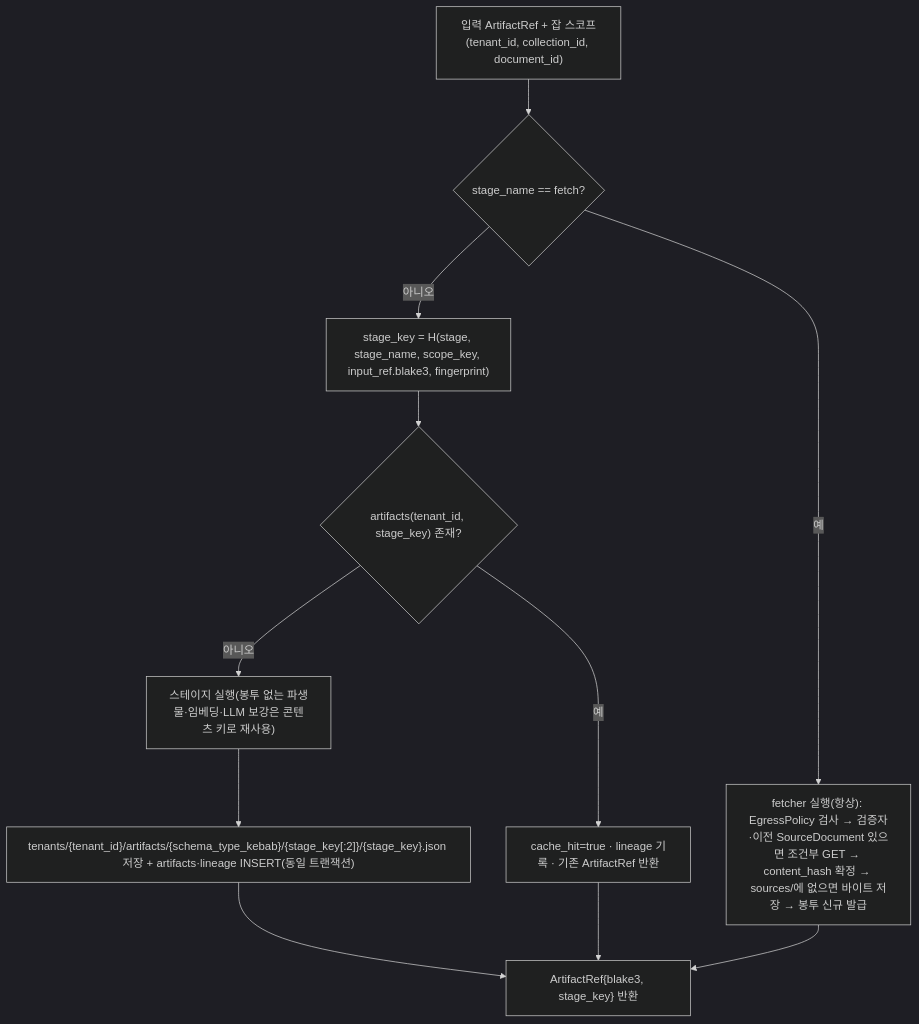
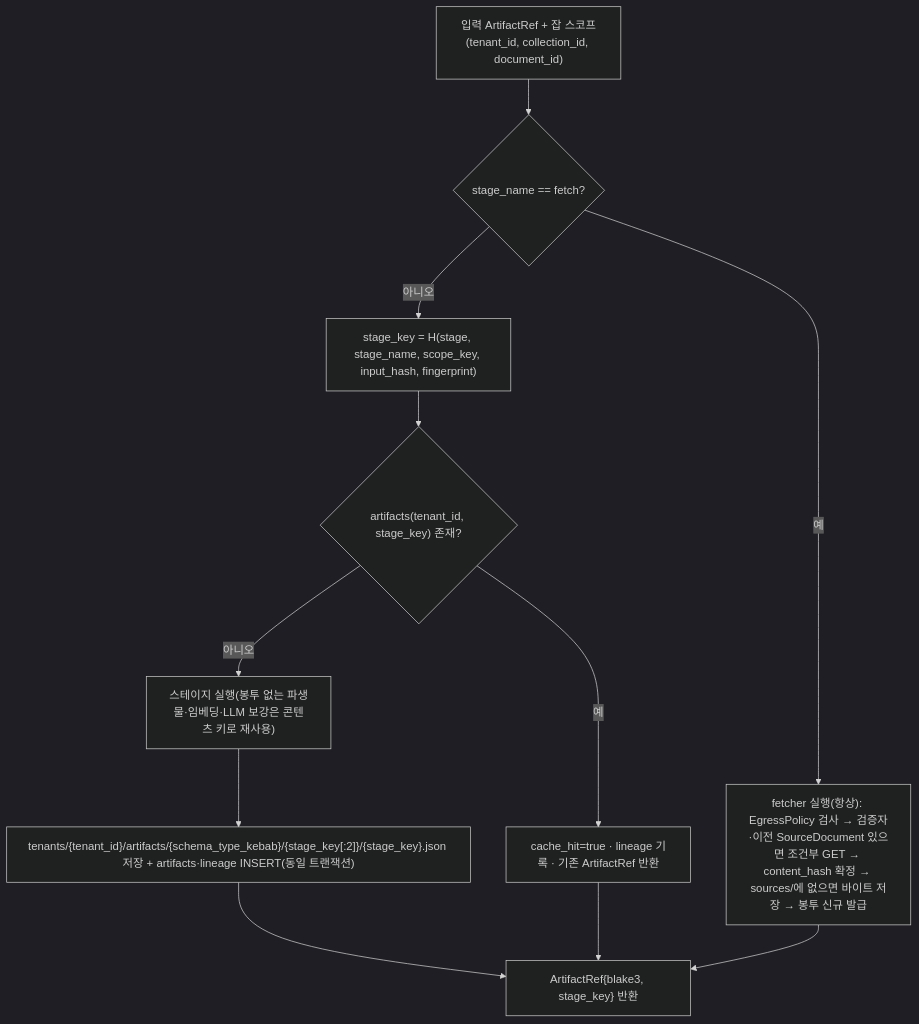
The diagram in docs/06-adr/0037-artifact-cache-scope-and-stage-key-composition.md (dplayamin-ai/rag-platform), drawn with Mermaid (dark theme) before and after one commit. The commit also changed other lines of this file and 103 other files, not shown here.

````diff
--- a/docs/06-adr/0037-artifact-cache-scope-and-stage-key-composition.md
+++ b/docs/06-adr/0037-artifact-cache-scope-and-stage-key-composition.md
@@ -108,13 +108,13 @@
 ```mermaid
 flowchart TD
     IN["입력 ArtifactRef + 잡 스코프(tenant_id, collection_id, document_id)"] --> IS{"stage_name == fetch?"}
     IS -->|예| FE["fetcher 실행(항상): EgressPolicy 검사 → 검증자·이전 SourceDocument 있으면 조건부 GET → content_hash 확정 → sources/에 없으면 바이트 저장 → 봉투 신규 발급"]
-    IS -->|아니오| SK["stage_key = H(stage, stage_name, scope_key, input_ref.blake3, fingerprint)"]
+    IS -->|아니오| SK["stage_key = H(stage, stage_name, scope_key, input_hash, fingerprint)"]
     SK --> LK{"artifacts(tenant_id, stage_key) 존재?"}
     LK -->|예| HIT["cache_hit=true · lineage 기록 · 기존 ArtifactRef 반환"]
     LK -->|아니오| RUN["스테이지 실행(봉투 없는 파생물·임베딩·LLM 보강은 콘텐츠 키로 재사용)"]
     RUN --> ST["tenants/{tenant_id}/artifacts/{schema_type_kebab}/{stage_key[:2]}/{stage_key}.json 저장 + artifacts·lineage INSERT(동일 트랜잭션)"]
     ST --> OUT["ArtifactRef{blake3, stage_key} 반환"]
     HIT --> OUT
     FE --> OUT
 ```
````
